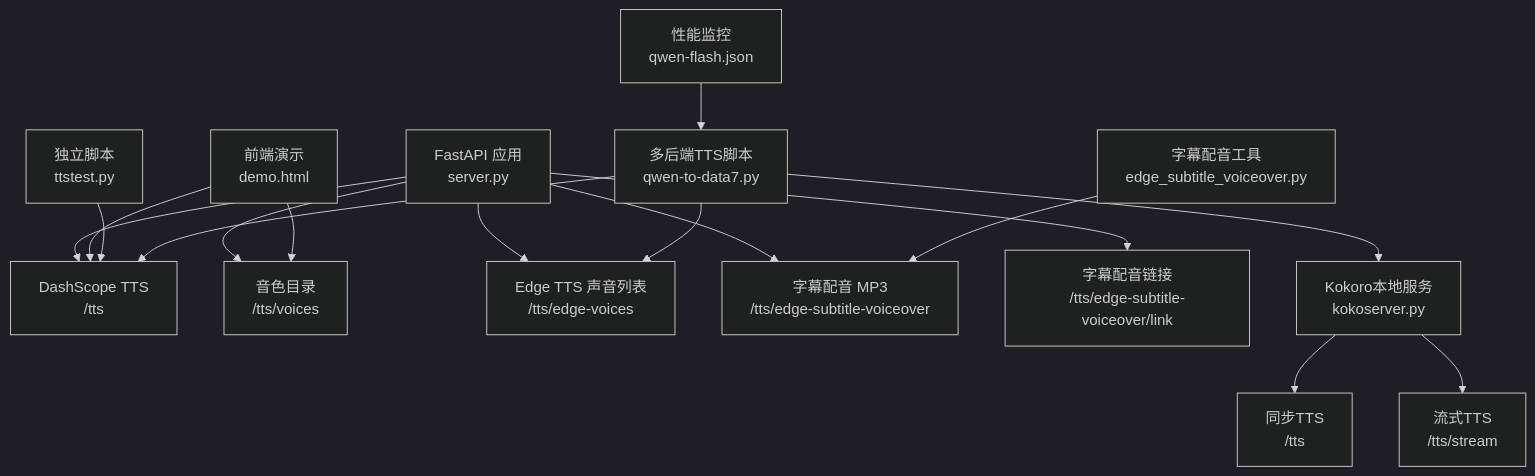
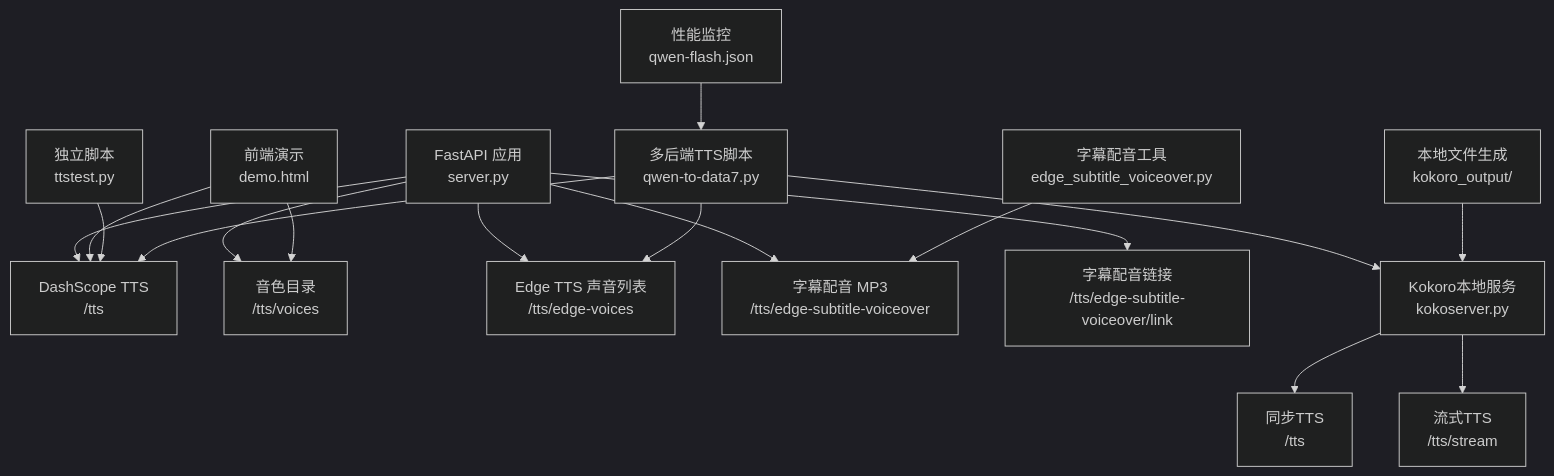
One commit to 1024dashen/Vue3Speech changed the first of 10 diagrams in .qoder/repowiki/zh/content/语音合成服务/语音合成服务.md. Above: the diagram before and after it, drawn with Mermaid (dark theme). The commit also changed other lines of this file and 8 other files, not shown here.

````diff
--- a/.qoder/repowiki/zh/content/语音合成服务/语音合成服务.md
+++ b/.qoder/repowiki/zh/content/语音合成服务/语音合成服务.md
@@ -56,18 +57,19 @@
 ```mermaid
 graph TB
 A["FastAPI 应用<br/>server.py"] --> B["DashScope TTS<br/>/tts"]
 A --> C["音色目录<br/>/tts/voices"]
 A --> D["Edge TTS 声音列表<br/>/tts/edge-voices"]
 A --> E["字幕配音 MP3<br/>/tts/edge-subtitle-voiceover"]
 A --> F["字幕配音链接<br/>/tts/edge-subtitle-voiceover/link"]
 G["前端演示<br/>demo.html"] --> B
 G --> C
 H["独立脚本<br/>ttstest.py"] --> B
 I["字幕配音工具<br/>edge_subtitle_voiceover.py"] --> E
 J["多后端TTS脚本<br/>qwen-to-data7.py"] --> B
 J --> D
 J --> K["Kokoro本地服务<br/>kokoserver.py"]
 K --> L["同步TTS<br/>/tts"]
 K --> M["流式TTS<br/>/tts/stream"]
 N["性能监控<br/>qwen-flash.json"] --> J
+O["本地文件生成<br/>kokoro_output/"] --> K
 ```
````
